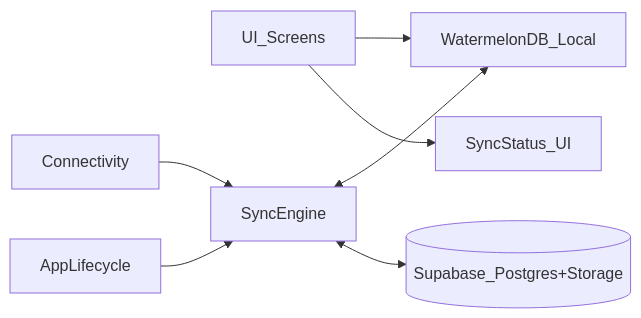
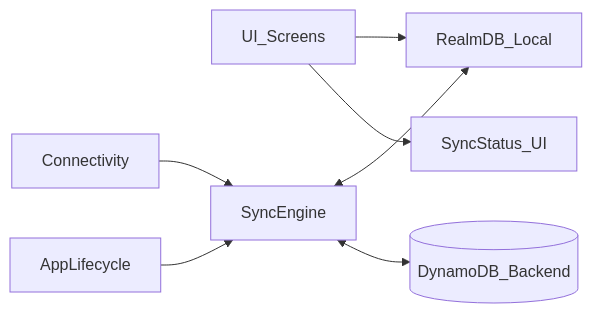
The diagram in plans/offline-first/analysis.md (EhsanWebDev/offline-first-tasks), drawn with Mermaid before and after one commit. The commit also changed other lines of this file and 34 other files, not shown here.

````diff
--- a/plans/offline-first/analysis.md
+++ b/plans/offline-first/analysis.md
@@ -25,9 +14,9 @@
 ```mermaid
 flowchart LR
-  UI[UI_Screens] --> WMDB[WatermelonDB_Local]
+  UI[UI_Screens] --> RealmDB[RealmDB_Local]
   UI --> SyncState[SyncStatus_UI]
-  SyncEngine[SyncEngine] <--> WMDB
-  SyncEngine <--> Supabase[(Supabase_Postgres+Storage)]
+  SyncEngine[SyncEngine] <--> RealmDB
+  SyncEngine <--> Backend[(DynamoDB_Backend)]
   NetInfo[Connectivity] --> SyncEngine
   AppState[AppLifecycle] --> SyncEngine
 ```
````
